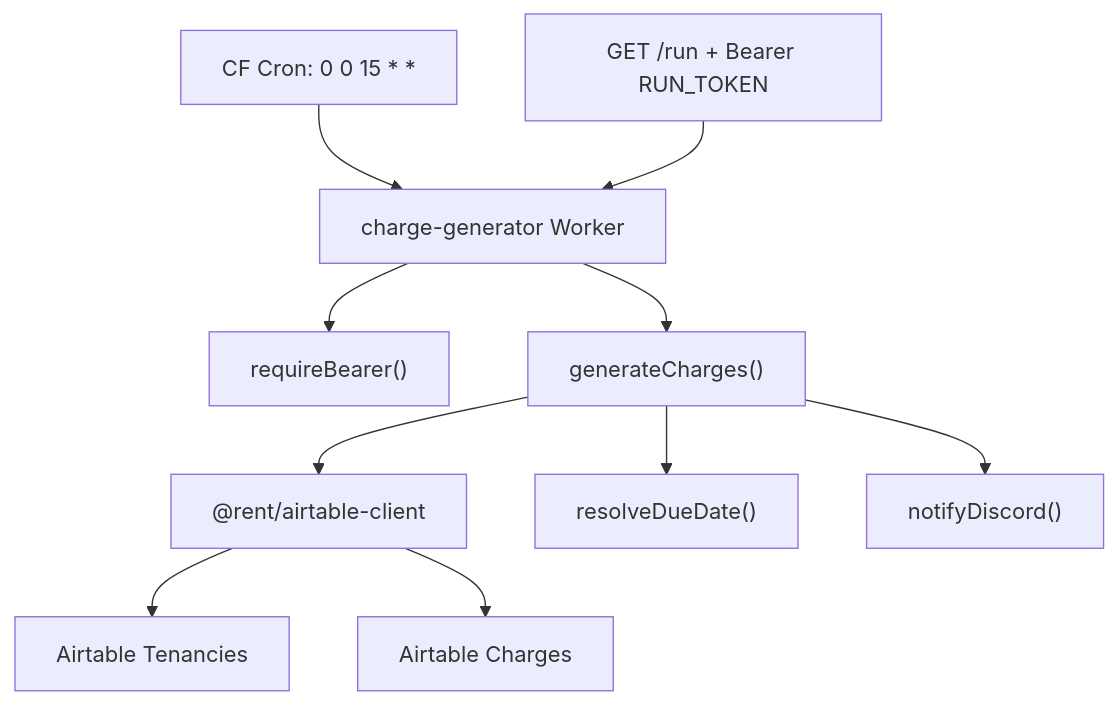
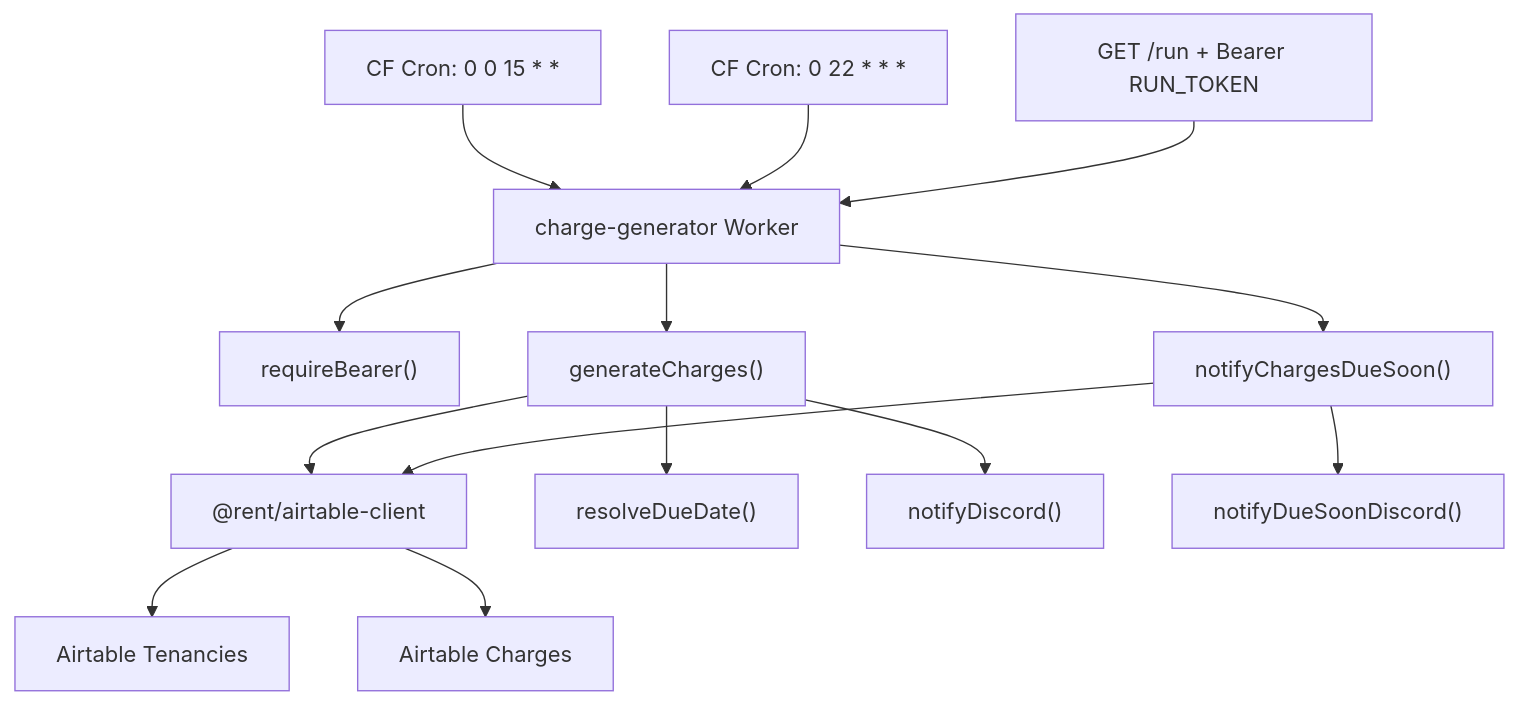
Before and after one commit to edward-sia/rent-workers: the diagram in charge-generator/README.md, drawn with Mermaid. The commit also changed other lines of this file and 10 other files, not shown here.

Commit message:
feat(charge-generator): notify charges due soon

````diff
--- a/charge-generator/README.md
+++ b/charge-generator/README.md
@@ -25,12 +34,16 @@
 ```mermaid
 flowchart TD
     CRON["CF Cron: 0 0 15 * *"] --> WORKER["charge-generator Worker"]
+    DUECRON["CF Cron: 0 22 * * *"] --> WORKER
     RUN["GET /run + Bearer RUN_TOKEN"] --> WORKER
     WORKER --> AUTH["requireBearer()"]
     WORKER --> GEN["generateCharges()"]
+    WORKER --> REMIND["notifyChargesDueSoon()"]
     GEN --> CLIENT["@rent/airtable-client"]
+    REMIND --> CLIENT
     CLIENT --> TEN["Airtable Tenancies"]
     CLIENT --> CHG["Airtable Charges"]
     GEN --> DUE["resolveDueDate()"]
     GEN --> DISCORD["notifyDiscord()"]
+    REMIND --> DISCORD2["notifyDueSoonDiscord()"]
 ```
````
